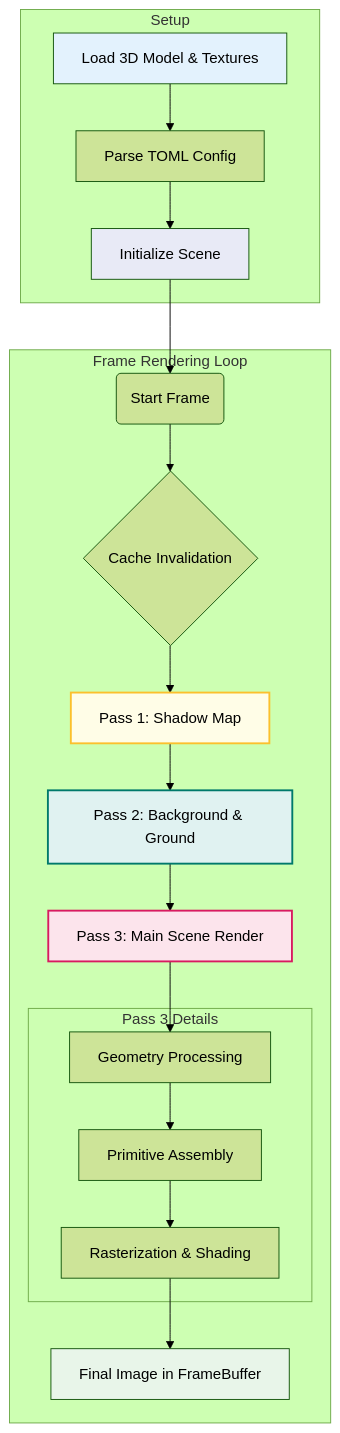
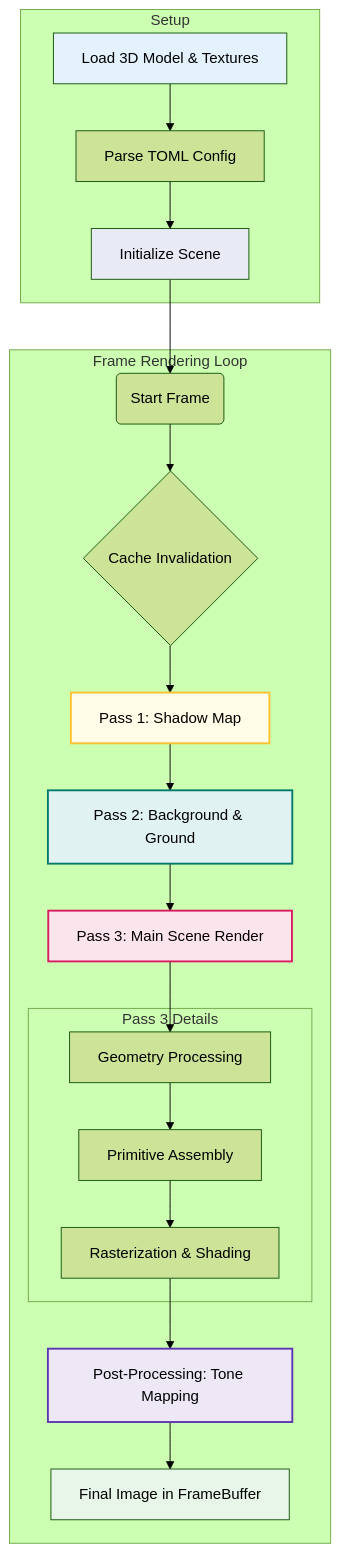
The first of 2 diagrams in README.md (Rukkhadevata123/rasterizer-rust), drawn with Mermaid (forest theme) before and after one commit. The commit also changed other lines of this file and 11 other files, not shown here.

````diff
--- a/README.md
+++ b/README.md
@@ -39,31 +40,33 @@
 ```mermaid
 graph TD
     subgraph "Setup"
         A[Load 3D Model & Textures] --> B[Parse TOML Config]
         B --> C[Initialize Scene]
     end
 
     subgraph "Frame Rendering Loop"
         D(Start Frame) --> E{Cache Invalidation};
         E --> F[Pass 1: Shadow Map];
         F --> G[Pass 2: Background & Ground];
         G --> H[Pass 3: Main Scene Render];
         
         subgraph "Pass 3 Details"
             H1[Geometry Processing] --> H2[Primitive Assembly];
             H2 --> H3[Rasterization & Shading];
         end
         
         H --> H1;
-        H3 --> I[Final Image in FrameBuffer];
+        H3 --> I[Post-Processing: Tone Mapping];
+        I --> J[Final Image in FrameBuffer];
     end
 
     C --> D;
     
     style A fill:#e3f2fd
     style C fill:#e8eaf6
     style F fill:#fffde7,stroke:#fbc02d,stroke-width:2px
     style G fill:#e0f2f1,stroke:#00796b,stroke-width:2px
     style H fill:#fce4ec,stroke:#d81b60,stroke-width:2px
-    style I fill:#e8f5e9
+    style I fill:#ede7f6,stroke:#5e35b1,stroke-width:2px
+    style J fill:#e8f5e9
 ```
````
